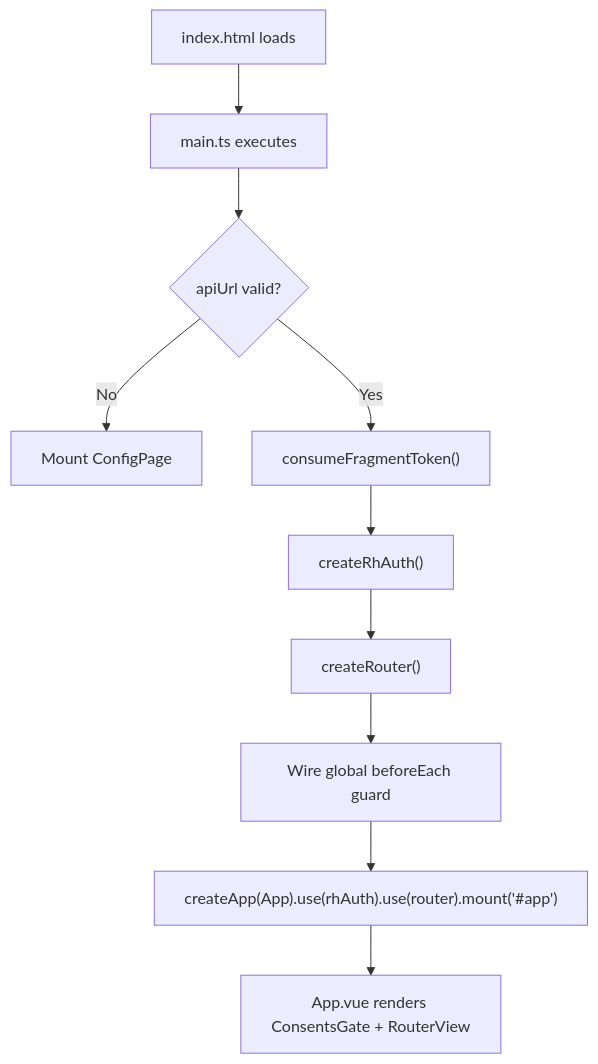
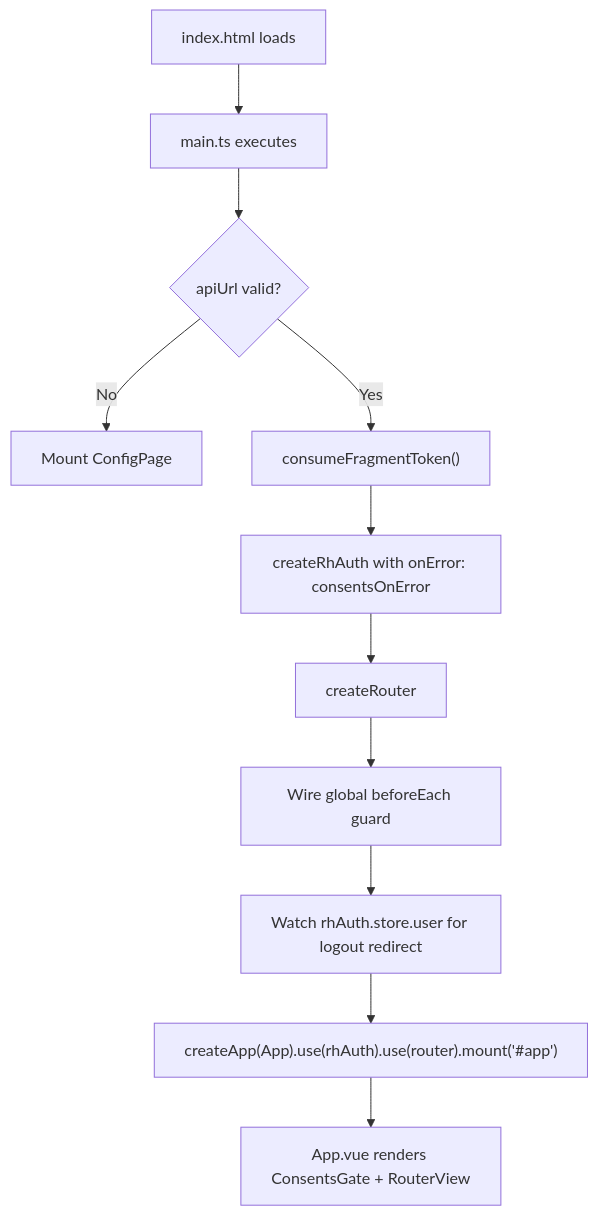
The diagram in openwiki/architecture/app-bootstrap.md (ulabase/starter-vue), drawn with Mermaid before and after one commit. The commit also changed other lines of this file and 18 other files, not shown here.

````diff
--- a/openwiki/architecture/app-bootstrap.md
+++ b/openwiki/architecture/app-bootstrap.md
@@ -29,12 +29,13 @@
 ```mermaid
 flowchart TD
     A["index.html loads"] --> B["main.ts executes"]
     B --> C{"apiUrl valid?"}
     C -->|No| D["Mount ConfigPage"]
     C -->|Yes| E["consumeFragmentToken()"]
-    E --> F["createRhAuth()"]
-    F --> G["createRouter()"]
+    E --> F["createRhAuth with onError: consentsOnError"]
+    F --> G["createRouter"]
     G --> H["Wire global beforeEach guard"]
-    H --> I["createApp(App).use(rhAuth).use(router).mount('#app')"]
-    I --> J["App.vue renders ConsentsGate + RouterView"]
+    H --> I["Watch rhAuth.store.user for logout redirect"]
+    I --> J["createApp(App).use(rhAuth).use(router).mount('#app')"]
+    J --> K["App.vue renders ConsentsGate + RouterView"]
 ```
````
